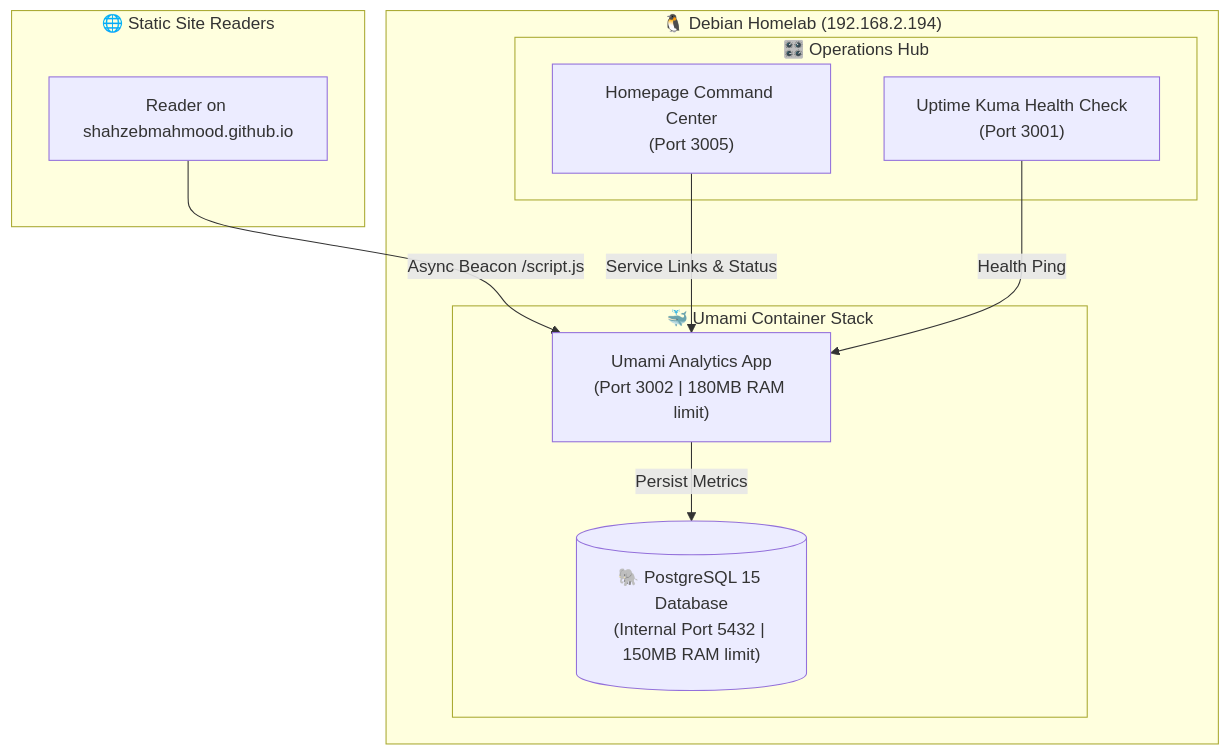
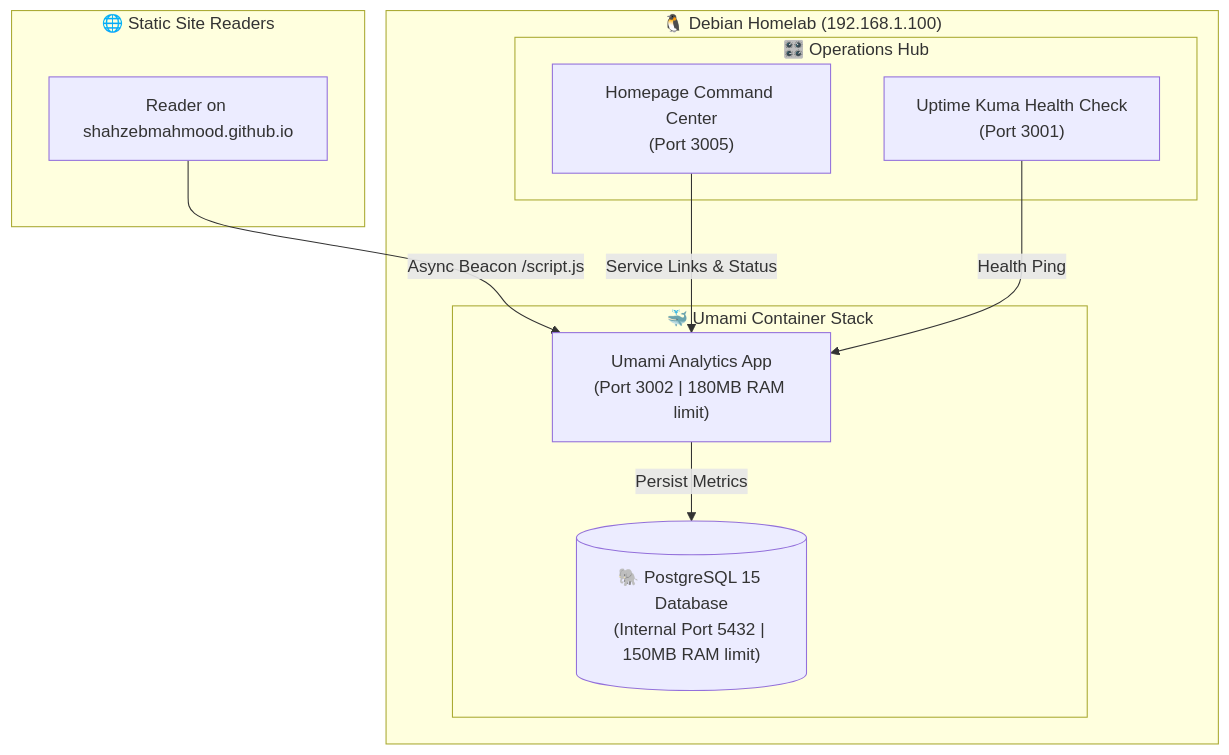
The diagram in _posts/2026-08-15-self-hosted-privacy-analytics-and-homelab-command-center.md (ShahzebMahmood/shahzebmahmood.github.io), drawn with Mermaid before and after one commit. The commit also changed other lines of this file and 1 other file, not shown here.

````diff
--- a/_posts/2026-08-15-self-hosted-privacy-analytics-and-homelab-command-center.md
+++ b/_posts/2026-08-15-self-hosted-privacy-analytics-and-homelab-command-center.md
@@ -28,23 +28,23 @@
 ```mermaid
 flowchart TD
     subgraph Visitors["🌐 Static Site Readers"]
         Browser["Reader on shahzebmahmood.github.io"]
     end
 
-    subgraph HomeServer["🐧 Debian Homelab (192.168.2.194)"]
+    subgraph HomeServer["🐧 Debian Homelab (192.168.1.100)"]
         subgraph AnalyticsStack["🐳 Umami Container Stack"]
             UmamiApp["Umami Analytics App\n(Port 3002 | 180MB RAM limit)"]
             UmamiDB[("🐘 PostgreSQL 15 Database\n(Internal Port 5432 | 150MB RAM limit)")]
         end
 
         subgraph Dashboard["🎛️ Operations Hub"]
             CommandCenter["Homepage Command Center\n(Port 3005)"]
             Kuma["Uptime Kuma Health Check\n(Port 3001)"]
         end
     end
 
     Browser -->|Async Beacon /script.js| UmamiApp
     UmamiApp -->|Persist Metrics| UmamiDB
     CommandCenter -->|Service Links & Status| UmamiApp
     Kuma -->|Health Ping| UmamiApp
 ```
````
